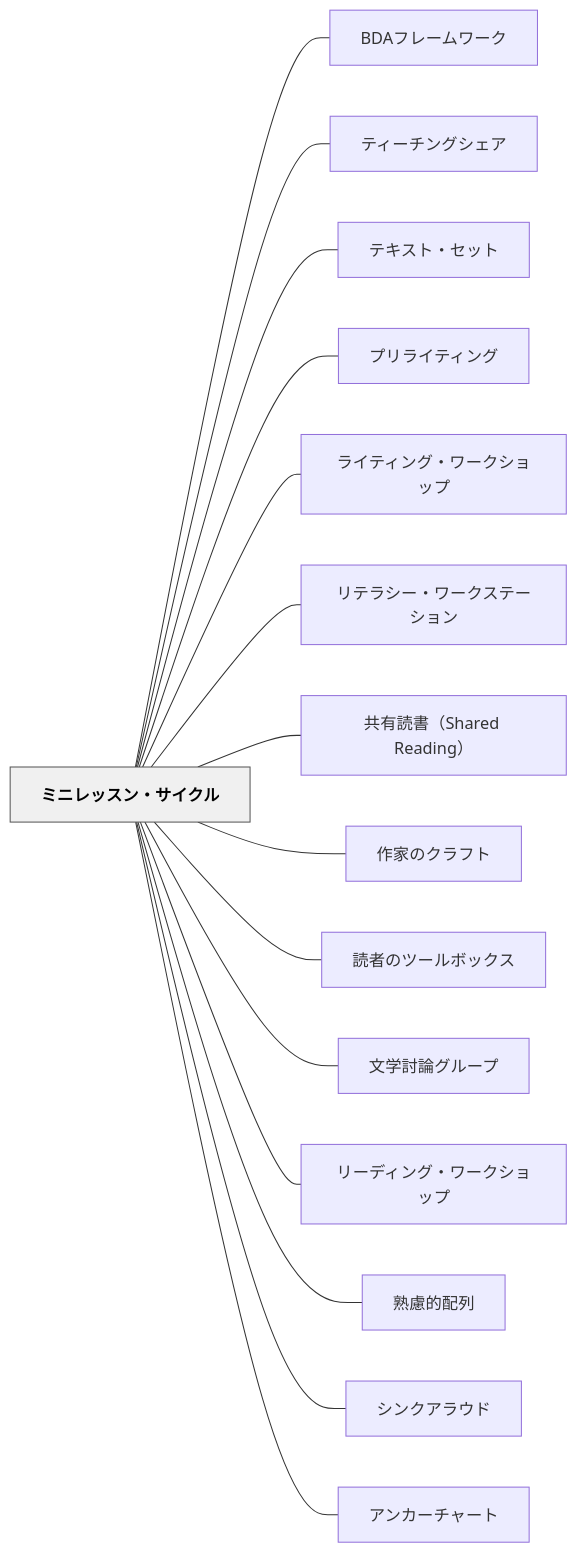
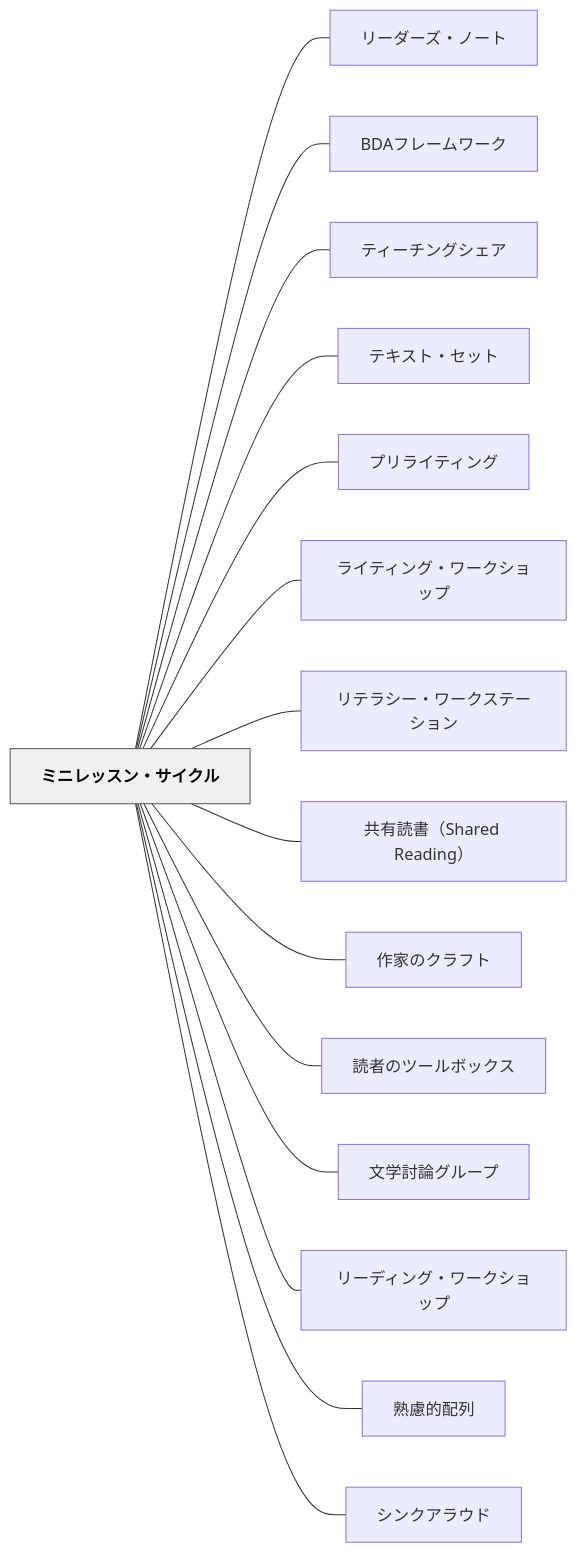
The diagram in content/パタン/ミニレッスン・サイクル.md (unknownthings-ed-patterns/unknownthings-ed-patterns), drawn with Mermaid before and after one commit. The commit also changed other lines of this file and 38 other files, not shown here.

````diff
--- a/content/パタン/ミニレッスン・サイクル.md
+++ b/content/パタン/ミニレッスン・サイクル.md
@@ -258,36 +259,36 @@
 ```mermaid
 flowchart LR
     ne3839fe3838be383ace38383e382b9e383b3e383bbe382b5e382a4e382afe383ab["ミニレッスン・サイクル"]
+    ne383aae383bce38380e383bce382bae383bbe3838ee383bce38388["リーダーズ・ノート"]
     n424441e38395e383ace383bce383a0e383afe383bce382af["BDAフレームワーク"]
     ne38386e382a3e383bce38381e383b3e382b0e382b7e382a7e382a2["ティーチングシェア"]
     ne38386e382ade382b9e38388e383bbe382bbe38383e38388["テキスト・セット"]
     ne38397e383aae383a9e382a4e38386e382a3e383b3e382b0["プリライティング"]
     ne383a9e382a4e38386e382a3e383b3e382b0e383bbe383afe383bce382afe382b7e383a7e38383e38397["ライティング・ワークショップ"]
     ne383aae38386e383a9e382b7e383bce383bbe383afe383bce382afe382b9e38386e383bce382b7e383a7e383b3["リテラシー・ワークステーション"]
     ne585b1e69c89e8aaade69bb8efbc885368617265642052656164696e67efbc89["共有読書（Shared Reading）"]
     ne4bd9ce5aeb6e381aee382afe383a9e38395e38388["作家のクラフト"]
     ne8aaade88085e381aee38384e383bce383abe3839ce38383e382afe382b9["読者のツールボックス"]
     ne69687e5ada6e8a88ee8ab96e382b0e383abe383bce38397["文学討論グループ"]
     ne383aae383bce38387e382a3e383b3e382b0e383bbe383afe383bce382afe382b7e383a7e38383e38397["リーディング・ワークショップ"]
     ne7869fe685aee79a84e9858de58897["熟慮的配列"]
     ne382b7e383b3e382afe382a2e383a9e382a6e38389["シンクアラウド"]
-    ne382a2e383b3e382abe383bce38381e383a3e383bce38388["アンカーチャート"]
 
+    ne3839fe3838be383ace38383e382b9e383b3e383bbe382b5e382a4e382afe383ab --- ne383aae383bce38380e383bce382bae383bbe3838ee383bce38388
     ne3839fe3838be383ace38383e382b9e383b3e383bbe382b5e382a4e382afe383ab --- n424441e38395e383ace383bce383a0e383afe383bce382af
     ne3839fe3838be383ace38383e382b9e383b3e383bbe382b5e382a4e382afe383ab --- ne38386e382a3e383bce38381e383b3e382b0e382b7e382a7e382a2
     ne3839fe3838be383ace38383e382b9e383b3e383bbe382b5e382a4e382afe383ab --- ne38386e382ade382b9e38388e383bbe382bbe38383e38388
     ne3839fe3838be383ace38383e382b9e383b3e383bbe382b5e382a4e382afe383ab --- ne38397e383aae383a9e382a4e38386e382a3e383b3e382b0
     ne3839fe3838be383ace38383e382b9e383b3e383bbe382b5e382a4e382afe383ab --- ne383a9e382a4e38386e382a3e383b3e382b0e383bbe383afe383bce382afe382b7e383a7e38383e38397
     ne3839fe3838be383ace38383e382b9e383b3e383bbe382b5e382a4e382afe383ab --- ne383aae38386e383a9e382b7e383bce383bbe383afe383bce382afe382b9e38386e383bce382b7e383a7e383b3
     ne3839fe3838be383ace38383e382b9e383b3e383bbe382b5e382a4e382afe383ab --- ne585b1e69c89e8aaade69bb8efbc885368617265642052656164696e67efbc89
     ne3839fe3838be383ace38383e382b9e383b3e383bbe382b5e382a4e382afe383ab --- ne4bd9ce5aeb6e381aee382afe383a9e38395e38388
     ne3839fe3838be383ace38383e382b9e383b3e383bbe382b5e382a4e382afe383ab --- ne8aaade88085e381aee38384e383bce383abe3839ce38383e382afe382b9
     ne3839fe3838be383ace38383e382b9e383b3e383bbe382b5e382a4e382afe383ab --- ne69687e5ada6e8a88ee8ab96e382b0e383abe383bce38397
     ne3839fe3838be383ace38383e382b9e383b3e383bbe382b5e382a4e382afe383ab --- ne383aae383bce38387e382a3e383b3e382b0e383bbe383afe383bce382afe382b7e383a7e38383e38397
     ne3839fe3838be383ace38383e382b9e383b3e383bbe382b5e382a4e382afe383ab --- ne7869fe685aee79a84e9858de58897
     ne3839fe3838be383ace38383e382b9e383b3e383bbe382b5e382a4e382afe383ab --- ne382b7e383b3e382afe382a2e383a9e382a6e38389
-    ne3839fe3838be383ace38383e382b9e383b3e383bbe382b5e382a4e382afe383ab --- ne382a2e383b3e382abe383bce38381e383a3e383bce38388
 
     classDef hub fill:#f0f0f0,stroke:#555,color:#000,font-weight:bold
     class ne3839fe3838be383ace38383e382b9e383b3e383bbe382b5e382a4e382afe383ab hub
 ```
````
